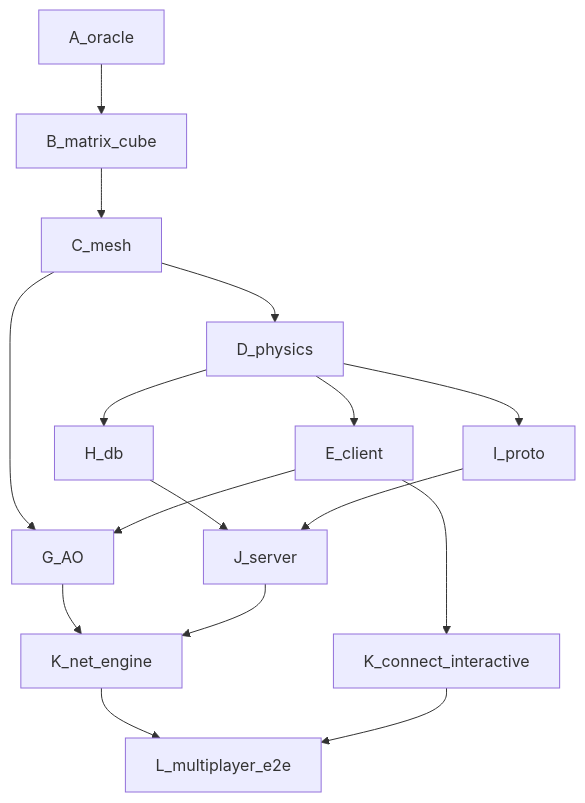
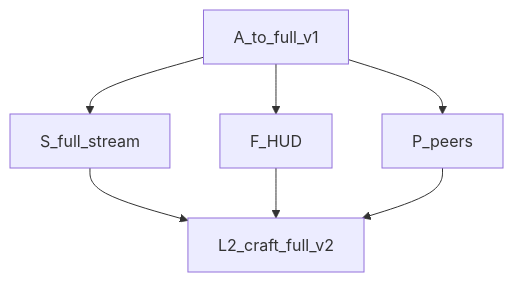
Before and after one commit to zozo123/Craft: the diagram in rust/COST_TRACE.md, drawn with Mermaid. The commit also changed other lines of this file and 7 other files, not shown here.

First line of the commit message:
Take product e2e to the end: full stream, HUD, peers

````diff
--- a/rust/COST_TRACE.md
+++ b/rust/COST_TRACE.md
@@ -11,18 +9,9 @@
 ```mermaid
 flowchart TD
-  A[A_oracle] --> B[B_matrix_cube]
-  B --> C[C_mesh]
-  C --> D[D_physics]
-  D --> E[E_client]
-  D --> H[H_db]
-  D --> I[I_proto]
-  H --> J[J_server]
-  I --> J
-  C --> G[G_AO]
-  E --> G
-  E --> Kc[K_connect_interactive]
-  G --> Kn[K_net_engine]
-  J --> Kn
-  Kn --> L[L_multiplayer_e2e]
-  Kc --> L
+  done[A_to_full_v1] --> S[S_full_stream]
+  done --> F[F_HUD]
+  done --> P[P_peers]
+  S --> L2[L2_craft_full_v2]
+  F --> L2
+  P --> L2
 ```
````
